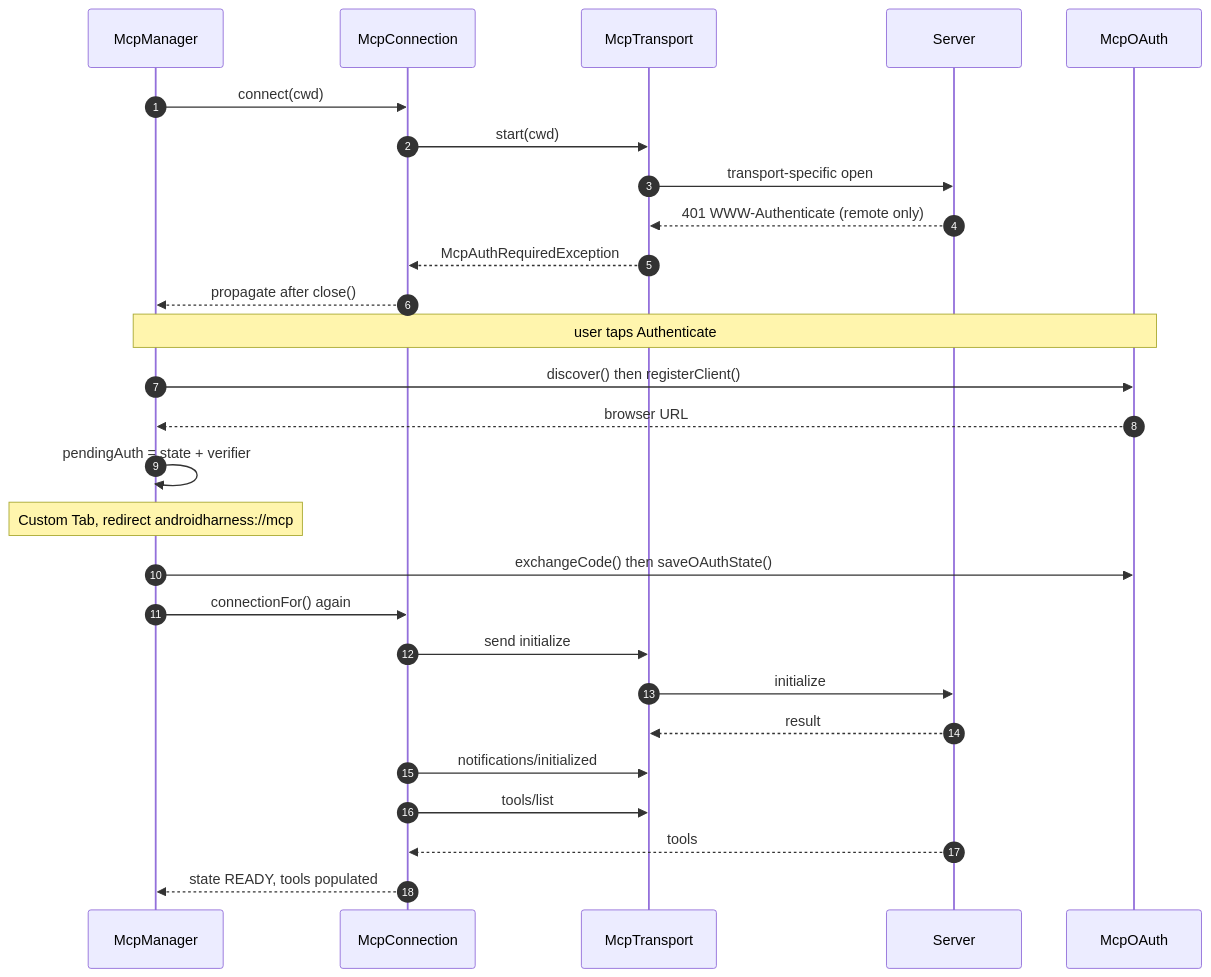
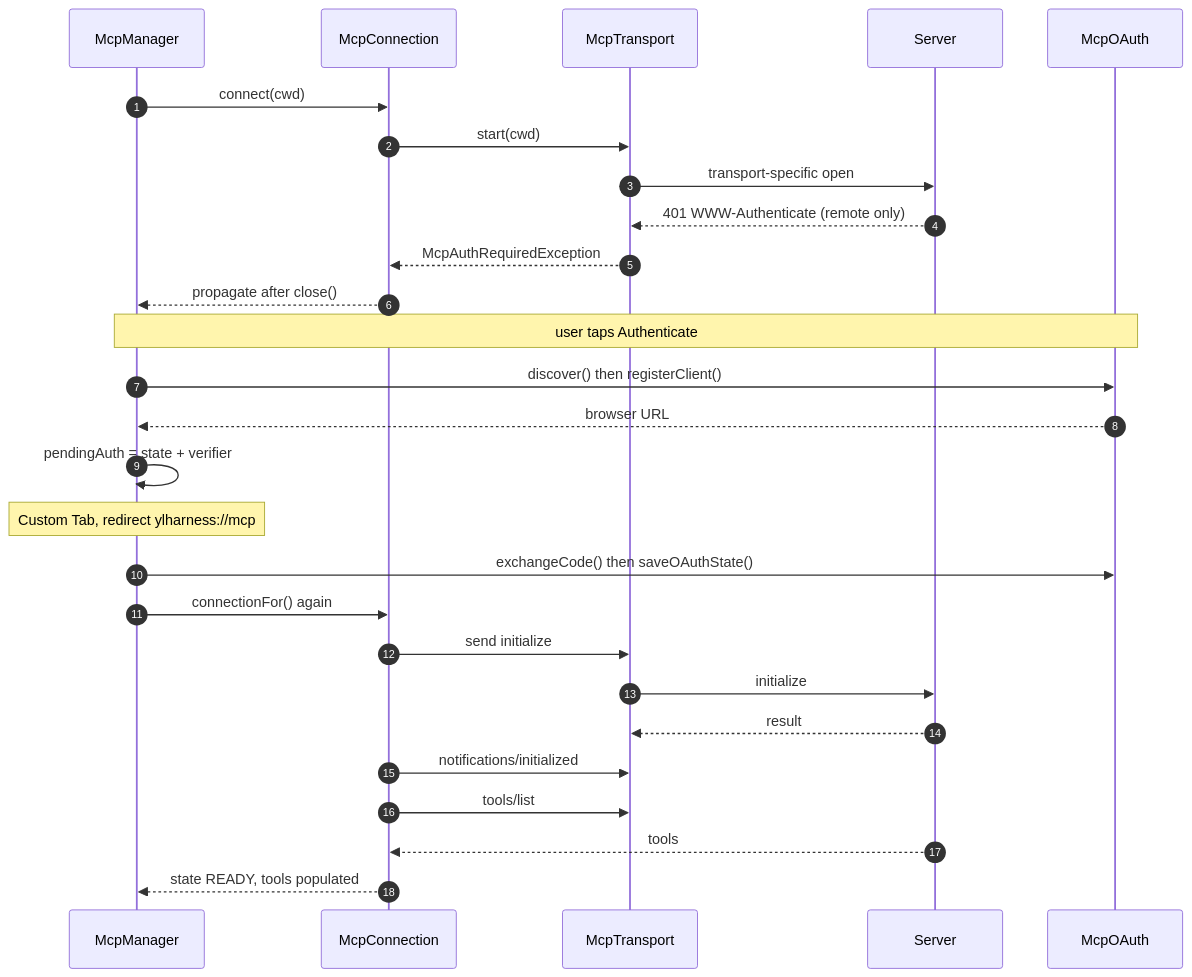
Before and after one commit to ylstack1/YL-Harness: the diagram in repowiki/58-mcp-transports-oauth-and-adapters.md, drawn with Mermaid. The commit also changed other lines of this file and 2451 other files, not shown here.

````diff
--- a/repowiki/58-mcp-transports-oauth-and-adapters.md
+++ b/repowiki/58-mcp-transports-oauth-and-adapters.md
@@ -18,30 +18,30 @@
 ```mermaid
 sequenceDiagram
     autonumber
     participant Mgr as McpManager
     participant Conn as McpConnection
     participant T as McpTransport
     participant S as Server
     participant O as McpOAuth
 
     Mgr->>Conn: connect(cwd)
     Conn->>T: start(cwd)
     T->>S: transport-specific open
     S-->>T: 401 WWW-Authenticate (remote only)
     T-->>Conn: McpAuthRequiredException
     Conn-->>Mgr: propagate after close()
     Note over Mgr,O: user taps Authenticate
     Mgr->>O: discover() then registerClient()
     O-->>Mgr: browser URL
     Mgr->>Mgr: pendingAuth = state + verifier
-    Note over Mgr: Custom Tab, redirect androidharness://mcp
+    Note over Mgr: Custom Tab, redirect ylharness://mcp
     Mgr->>O: exchangeCode() then saveOAuthState()
     Mgr->>Conn: connectionFor() again
     Conn->>T: send initialize
     T->>S: initialize
     S-->>T: result
     Conn->>T: notifications/initialized
     Conn->>T: tools/list
     S-->>Conn: tools
     Conn-->>Mgr: state READY, tools populated
 ```
````
